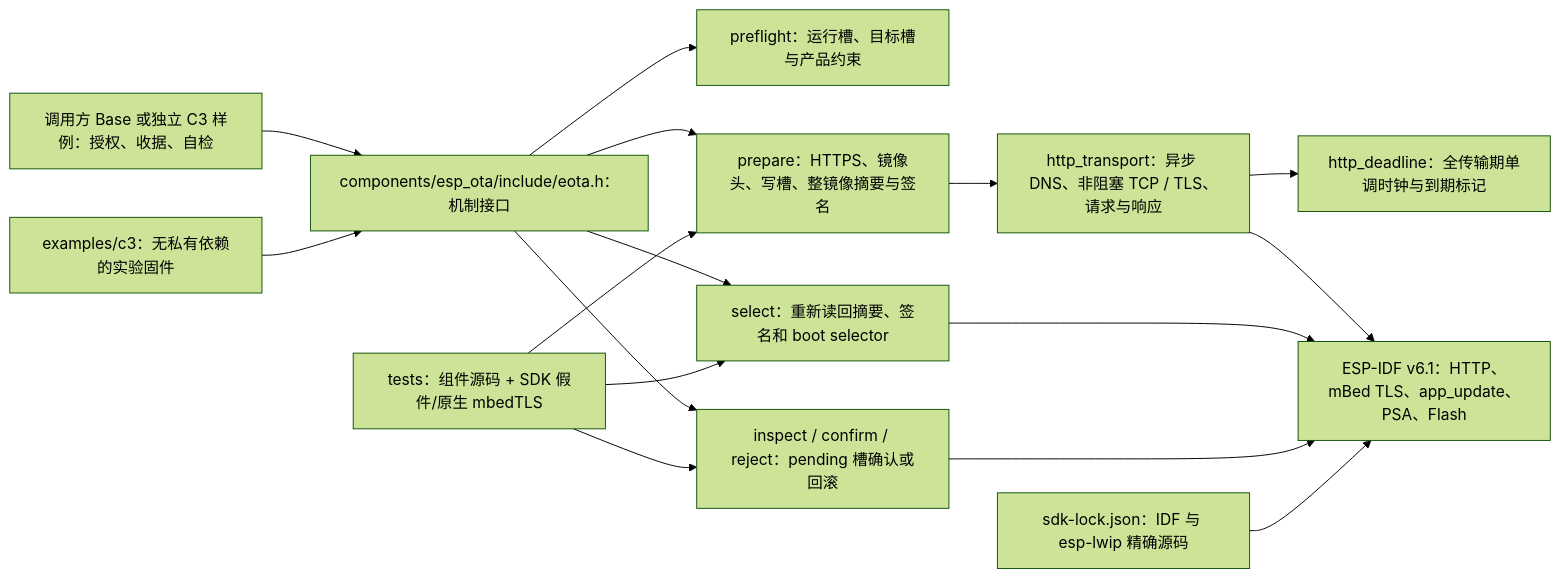
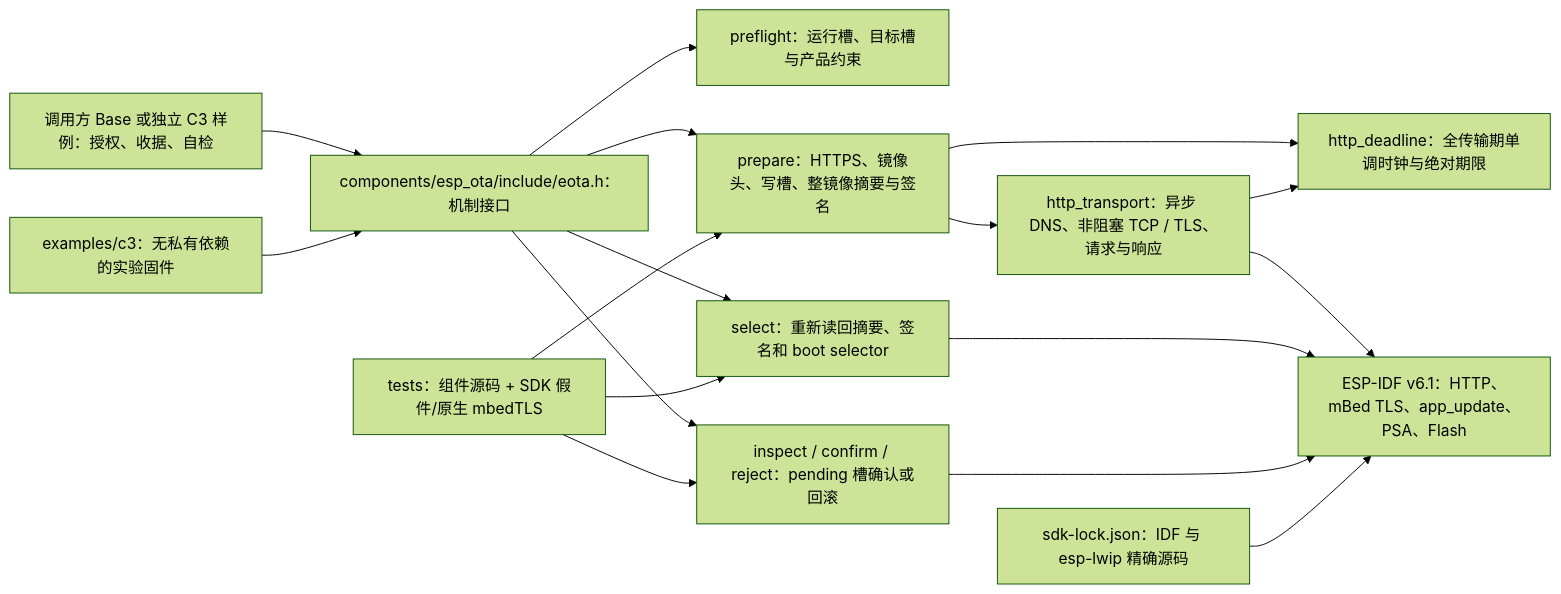
Before and after one commit to darren-you/esp-ota: the diagram in README.md, drawn with Mermaid (forest theme). The commit also changed other lines of this file and 15 other files, not shown here.

````diff
--- a/README.md
+++ b/README.md
@@ -7,18 +7,19 @@
 ```mermaid
 flowchart LR
     app["调用方 Base 或独立 C3 样例：授权、收据、自检"] --> api["components/esp_ota/include/eota.h：机制接口"]
     api --> preflight["preflight：运行槽、目标槽与产品约束"]
     api --> prepare["prepare：HTTPS、镜像头、写槽、整镜像摘要与签名"]
     api --> select["select：重新读回摘要、签名和 boot selector"]
     api --> confirm["inspect / confirm / reject：pending 槽确认或回滚"]
     prepare --> transport["http_transport：异步 DNS、非阻塞 TCP / TLS、请求与响应"]
-    transport --> deadline["http_deadline：全传输期单调时钟与到期标记"]
+    prepare --> deadline
+    transport --> deadline["http_deadline：全传输期单调时钟与绝对期限"]
     transport --> sdk["ESP-IDF v6.1：HTTP、mBed TLS、app_update、PSA、Flash"]
     select --> sdk
     confirm --> sdk
     lock["sdk-lock.json：IDF 与 esp-lwip 精确源码"] --> sdk
     host["tests：组件源码 + SDK 假件/原生 mbedTLS"] --> prepare
     host --> select
     host --> confirm
     sample["examples/c3：无私有依赖的实验固件"] --> api
 ```
````
